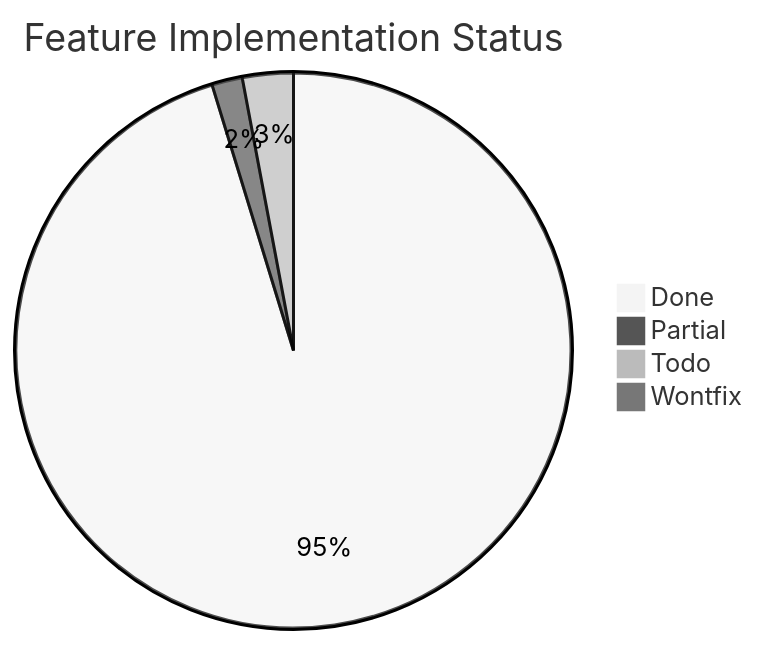
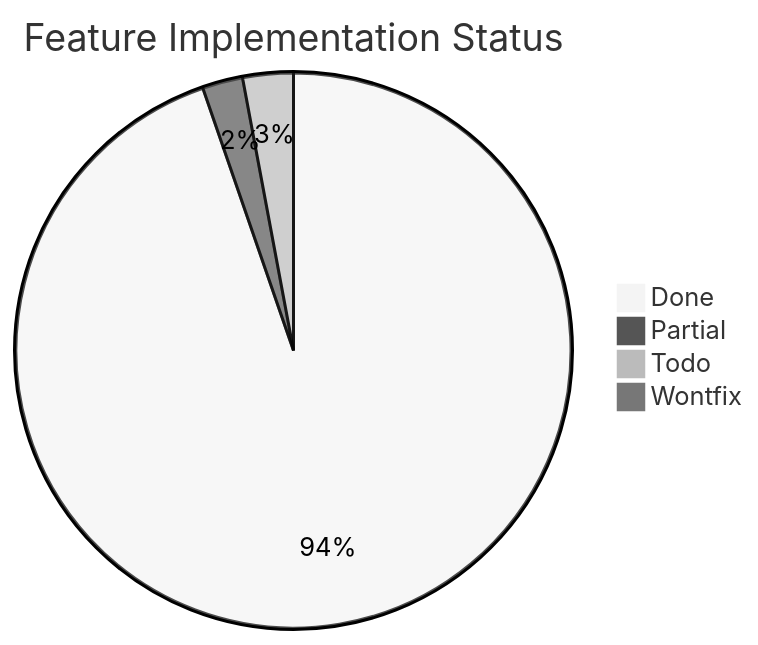
One commit to Papyrine/Morph changed the third of 3 diagrams in docs/word-features.md. Above: the diagram before and after it, drawn with Mermaid (neutral theme). The commit also changed other lines of this file and 8 other files, not shown here.

````diff
--- a/docs/word-features.md
+++ b/docs/word-features.md
@@ -2328,7 +2328,7 @@
 ```mermaid
 pie title Feature Implementation Status
     "Done" : 161
-    "Partial" : 3
+    "Partial" : 4
     "Todo" : 5
     "Wontfix" : 1
 ```
````
